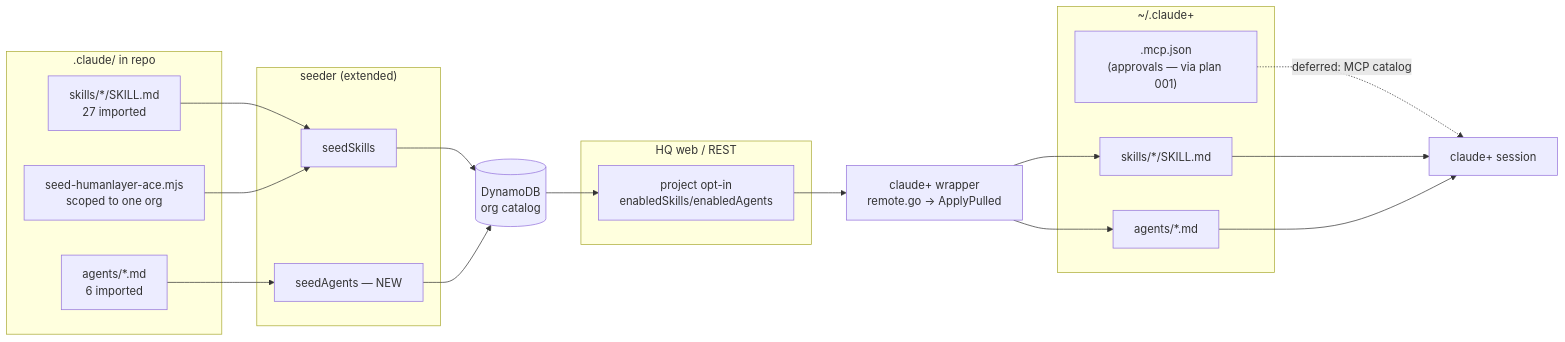
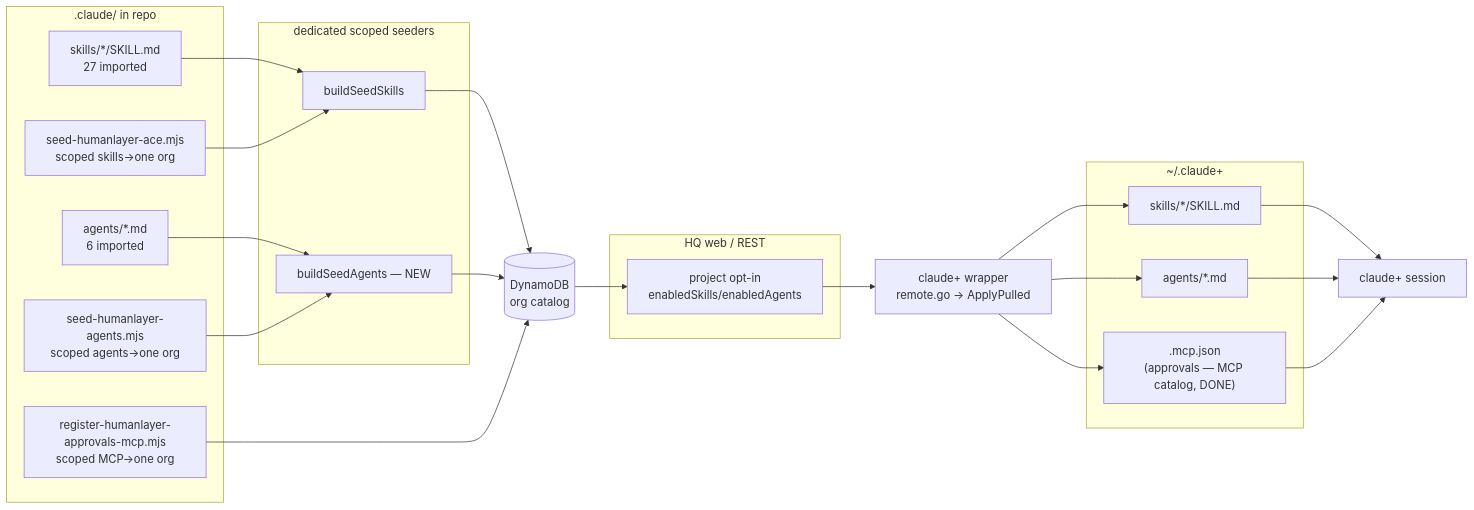
Before and after one commit to MatthewDaw/workflow_harness: the diagram in docs/plans/2026-06-07-002-feat-humanlayer-ace-workflow-plan.md, drawn with Mermaid. The commit also changed other lines of this file and 17 other files, not shown here.

First line of the commit message:
feat: complete HumanLayer integration (subagents, agent seeder, approvals, ce removal)

````diff
--- a/docs/plans/2026-06-07-002-feat-humanlayer-ace-workflow-plan.md
+++ b/docs/plans/2026-06-07-002-feat-humanlayer-ace-workflow-plan.md
@@ -83,31 +83,34 @@
 ```mermaid
 flowchart LR
   subgraph repo[".claude/ in repo"]
     S[skills/*/SKILL.md<br/>27 imported]
     A[agents/*.md<br/>6 imported]
-    B[seed-humanlayer-ace.mjs<br/>scoped to one org]
+    B[seed-humanlayer-ace.mjs<br/>scoped skills→one org]
+    BA[seed-humanlayer-agents.mjs<br/>scoped agents→one org]
+    BM[register-humanlayer-approvals-mcp.mjs<br/>scoped MCP→one org]
   end
-  subgraph seed["seeder (extended)"]
-    SS[seedSkills]
-    SA[seedAgents — NEW]
+  subgraph seed["dedicated scoped seeders"]
+    SS[buildSeedSkills]
+    SA[buildSeedAgents — NEW]
   end
   DB[(DynamoDB<br/>org catalog)]
   subgraph hq["HQ web / REST"]
     P[project opt-in<br/>enabledSkills/enabledAgents]
   end
   W[claude+ wrapper<br/>remote.go → ApplyPulled]
   subgraph cfg["~/.claude+"]
     CS[skills/*/SKILL.md]
     CA[agents/*.md]
-    CM[".mcp.json<br/>(approvals — via plan 001)"]
+    CM[".mcp.json<br/>(approvals — MCP catalog, DONE)"]
   end
   SESS[claude+ session]
 
   S --> SS --> DB
   A --> SA --> DB
   B --> SS
+  BA --> SA
+  BM --> DB
   DB --> P --> W
-  W --> CS & CA
-  CM -. "deferred: MCP catalog" .-> SESS
-  CS & CA --> SESS
+  W --> CS & CA & CM
+  CS & CA & CM --> SESS
 ```
````
